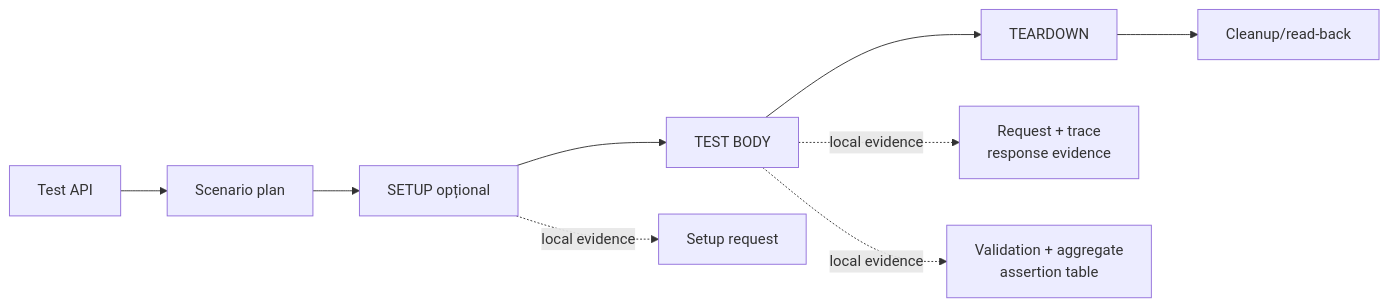
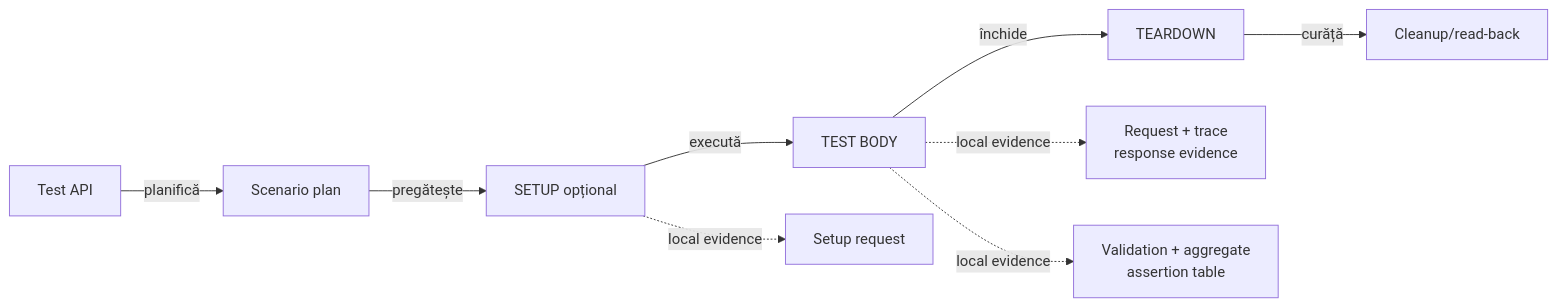
One commit to crististefanita/demo2 changed the diagram in docs/ATF_Api_Test_Guide.md. Above: the diagram before and after it, drawn with Mermaid. The commit also changed other lines of this file and 52 other files, not shown here.

````diff
--- a/docs/ATF_Api_Test_Guide.md
+++ b/docs/ATF_Api_Test_Guide.md
@@ -37,11 +37,11 @@
 ```mermaid
 flowchart LR
-    Test[Test API] --> Plan[Scenario plan]
-    Plan --> Setup[SETUP opțional]
-    Setup --> Body[TEST BODY]
-    Body --> Teardown[TEARDOWN]
-    Teardown --> Cleanup[Cleanup/read-back]
+    Test[Test API] -->|planifică| Plan[Scenario plan]
+    Plan -->|pregătește| Setup[SETUP opțional]
+    Setup -->|execută| Body[TEST BODY]
+    Body -->|închide| Teardown[TEARDOWN]
+    Teardown -->|curăță| Cleanup[Cleanup/read-back]
     Setup -. local evidence .-> SetupRequest[Setup request]
     Body -. local evidence .-> BodyRequest[Request + trace<br/>response evidence]
     Body -. local evidence .-> BodyValidation[Validation + aggregate<br/>assertion table]
 ```
````
